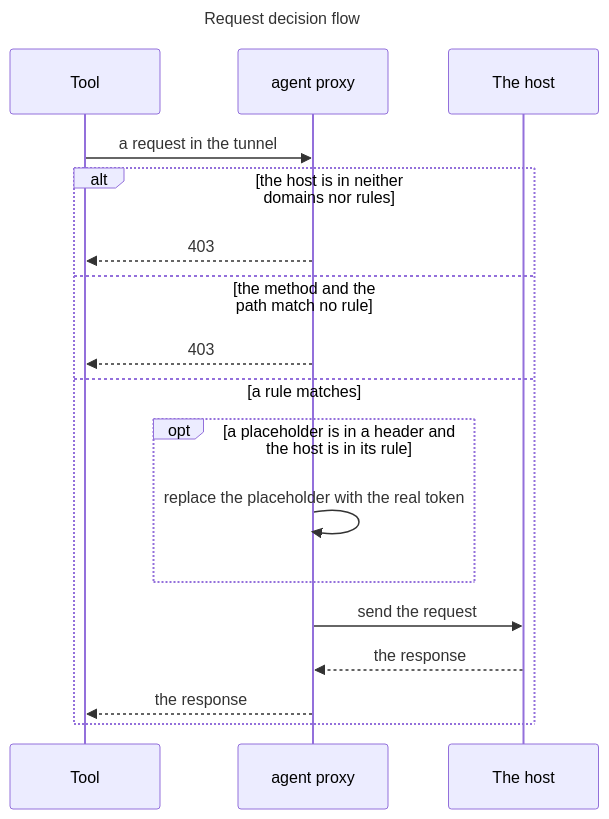
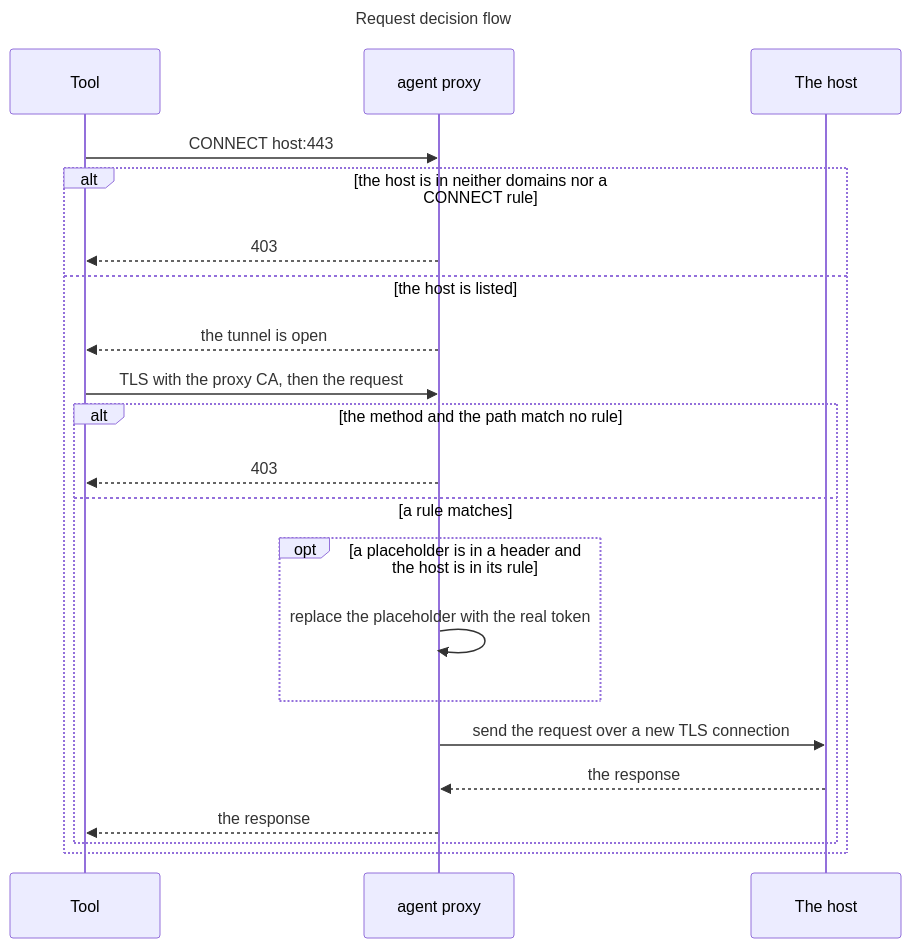
Before and after one commit to raghav19/engineersdaybook: the fourth of 6 diagrams in .devcontainer/README.md, drawn with Mermaid. The commit also changed other lines of this file, not shown here.

Commit message:
docs: clearer flows: CONNECT and TLS steps, short lines, socket and login
The request decision flow shows the CONNECT check, then TLS with the
proxy CA, then the method and path check. The egress flow has short
lines and shows that a tool without HTTPS_PROXY gets network
unreachable. The start flow lists the full job of on-create.sh. The
build and push flows name the BuildKit socket flag and the login file.

````diff
--- a/.devcontainer/README.md
+++ b/.devcontainer/README.md
@@ -222,22 +223,26 @@
 ```mermaid
 ---
 title: Request decision flow
 ---
 sequenceDiagram
     participant Tool
     participant Proxy as agent proxy
     participant Host as The host
-    Tool->>Proxy: a request in the tunnel
-    alt the host is in neither domains nor rules
+    Tool->>Proxy: CONNECT host:443
+    alt the host is in neither domains nor a CONNECT rule
         Proxy-->>Tool: 403
-    else the method and the path match no rule
-        Proxy-->>Tool: 403
-    else a rule matches
-        opt a placeholder is in a header and the host is in its rule
-            Proxy->>Proxy: replace the placeholder with the real token
+    else the host is listed
+        Proxy-->>Tool: the tunnel is open
+        Tool->>Proxy: TLS with the proxy CA, then the request
+        alt the method and the path match no rule
+            Proxy-->>Tool: 403
+        else a rule matches
+            opt a placeholder is in a header and the host is in its rule
+                Proxy->>Proxy: replace the placeholder with the real token
+            end
+            Proxy->>Host: send the request over a new TLS connection
+            Host-->>Proxy: the response
+            Proxy-->>Tool: the response
         end
-        Proxy->>Host: send the request
-        Host-->>Proxy: the response
-        Proxy-->>Tool: the response
     end
 ```
````
